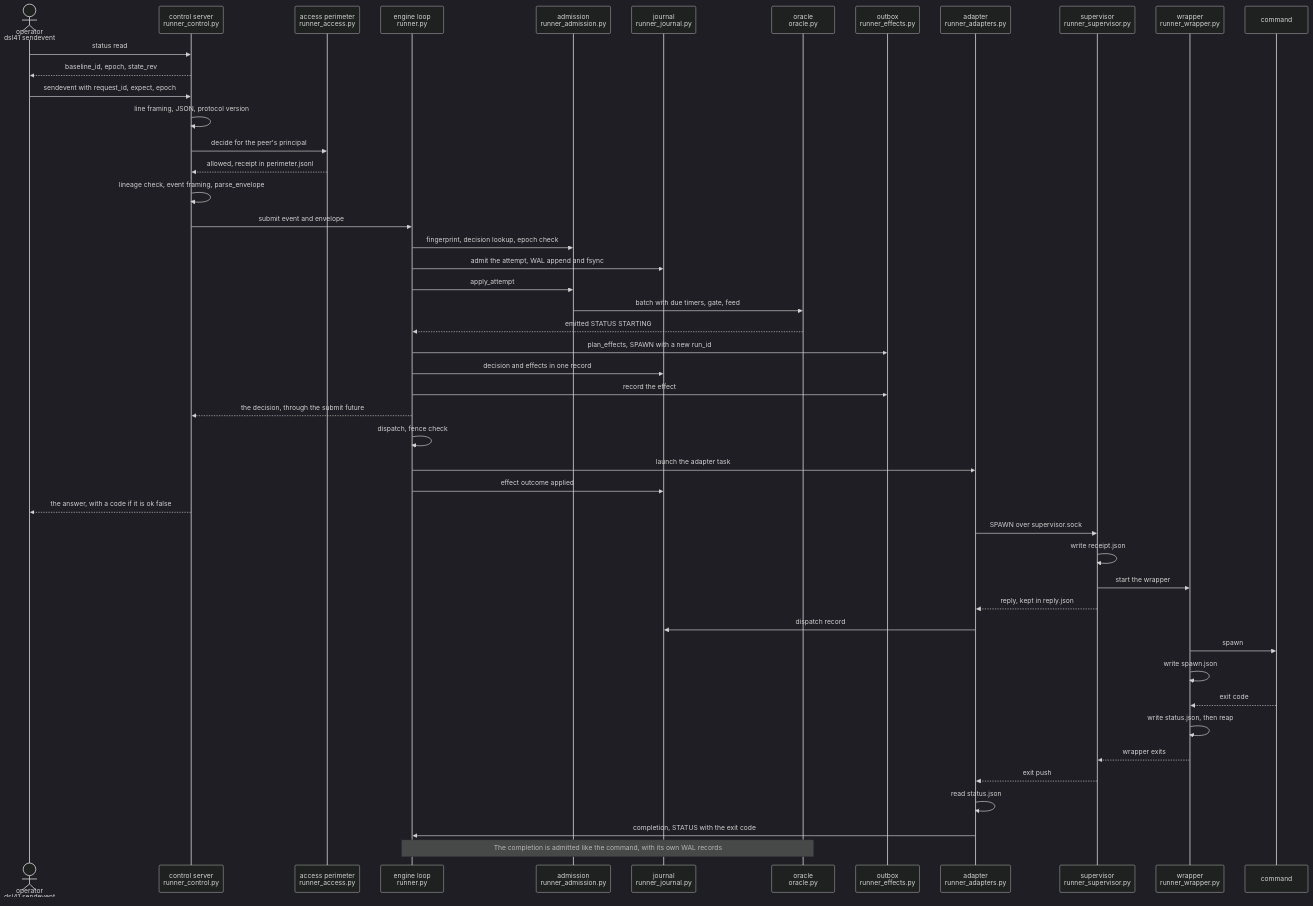
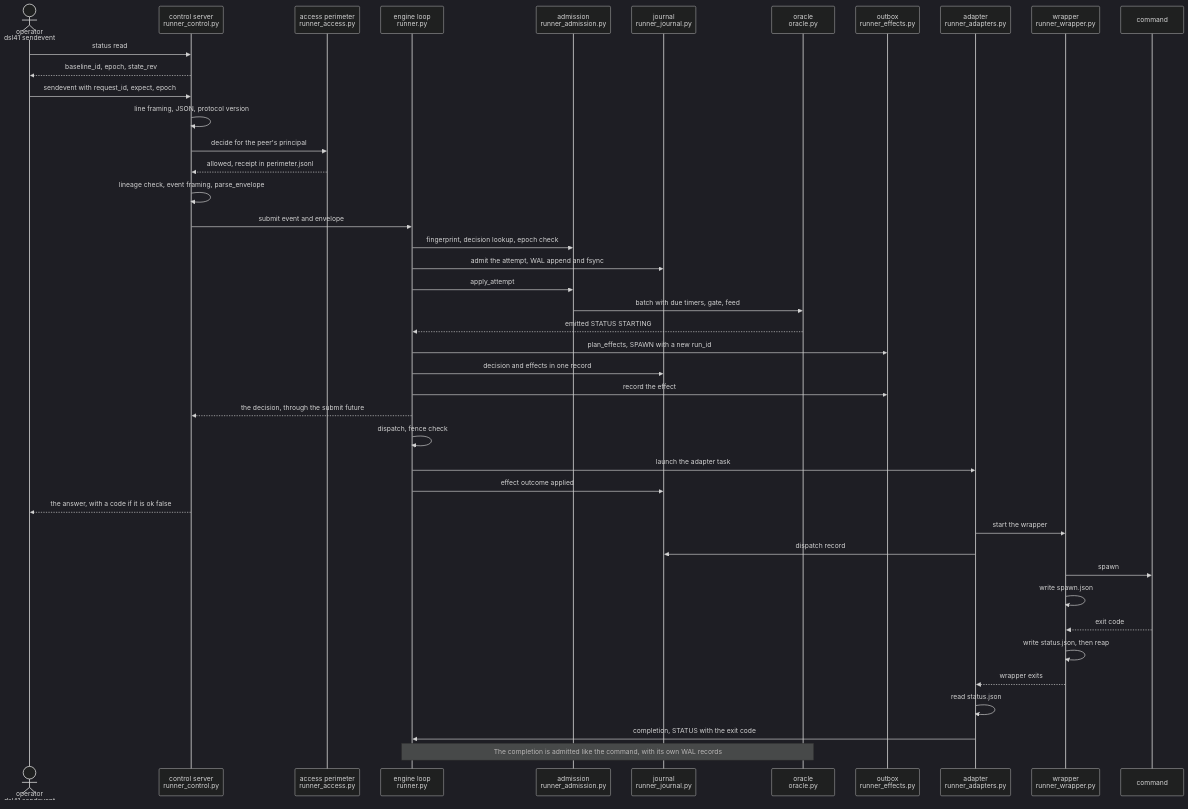
The fourth of 4 diagrams in docs/architecture.md (mrbald/dsl41), drawn with Mermaid (dark theme) before and after one commit. The commit also changed other lines of this file and 283 other files, not shown here.

````diff
--- a/docs/architecture.md
+++ b/docs/architecture.md
@@ -243,50 +224,45 @@
 ```mermaid
 sequenceDiagram
   actor Op as operator<br/>dsl41 sendevent
   participant Ctl as control server<br/>runner_control.py
   participant Acc as access perimeter<br/>runner_access.py
   participant Eng as engine loop<br/>runner.py
   participant Adm as admission<br/>runner_admission.py
   participant Jr as journal<br/>runner_journal.py
   participant Orc as oracle<br/>oracle.py
   participant Ob as outbox<br/>runner_effects.py
   participant Ad as adapter<br/>runner_adapters.py
-  participant Sup as supervisor<br/>runner_supervisor.py
   participant Wr as wrapper<br/>runner_wrapper.py
   participant Cmd as command
   Op->>Ctl: status read
   Ctl-->>Op: baseline_id, epoch, state_rev
   Op->>Ctl: sendevent with request_id, expect, epoch
   Ctl->>Ctl: line framing, JSON, protocol version
   Ctl->>Acc: decide for the peer's principal
   Acc-->>Ctl: allowed, receipt in perimeter.jsonl
   Ctl->>Ctl: lineage check, event framing, parse_envelope
   Ctl->>Eng: submit event and envelope
   Eng->>Adm: fingerprint, decision lookup, epoch check
   Eng->>Jr: admit the attempt, WAL append and fsync
   Eng->>Adm: apply_attempt
   Adm->>Orc: batch with due timers, gate, feed
   Orc-->>Eng: emitted STATUS STARTING
   Eng->>Ob: plan_effects, SPAWN with a new run_id
   Eng->>Jr: decision and effects in one record
   Eng->>Ob: record the effect
   Eng-->>Ctl: the decision, through the submit future
   Eng->>Eng: dispatch, fence check
   Eng->>Ad: launch the adapter task
   Eng->>Jr: effect outcome applied
   Ctl-->>Op: the answer, with a code if it is ok false
-  Ad->>Sup: SPAWN over supervisor.sock
-  Sup->>Sup: write receipt.json
-  Sup->>Wr: start the wrapper
-  Sup-->>Ad: reply, kept in reply.json
+  Ad->>Wr: start the wrapper
   Ad->>Jr: dispatch record
   Wr->>Cmd: spawn
   Wr->>Wr: write spawn.json
   Cmd-->>Wr: exit code
   Wr->>Wr: write status.json, then reap
-  Wr-->>Sup: wrapper exits
-  Sup-->>Ad: exit push
+  Wr-->>Ad: wrapper exits
   Ad->>Ad: read status.json
   Ad->>Eng: completion, STATUS with the exit code
   Note over Eng,Orc: The completion is admitted like the command, with its own WAL records
 ```
````
